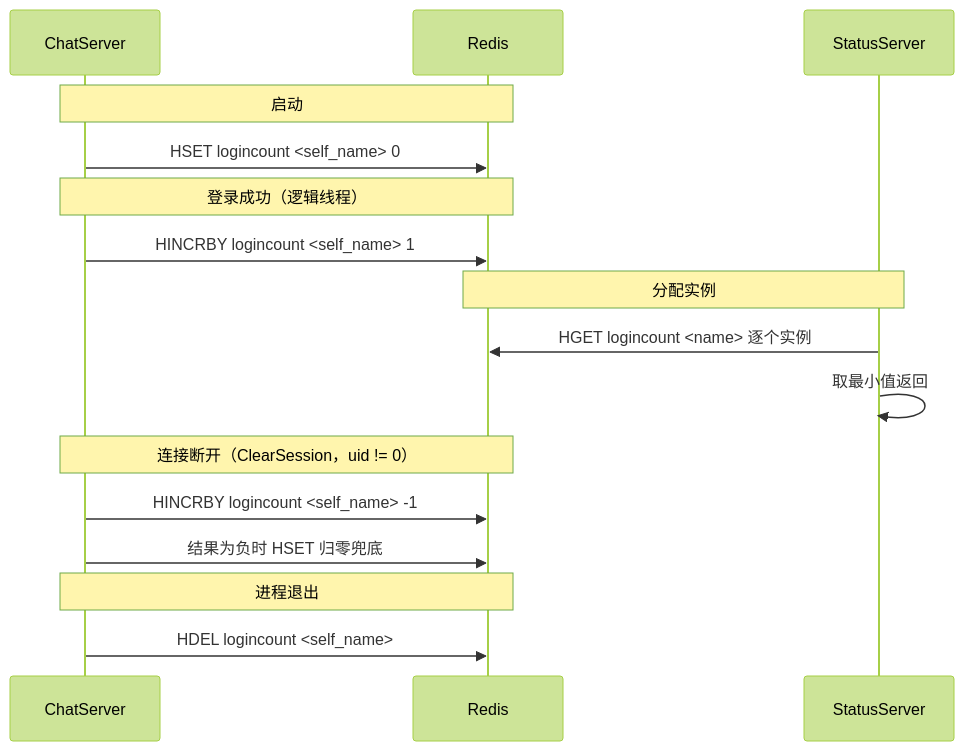
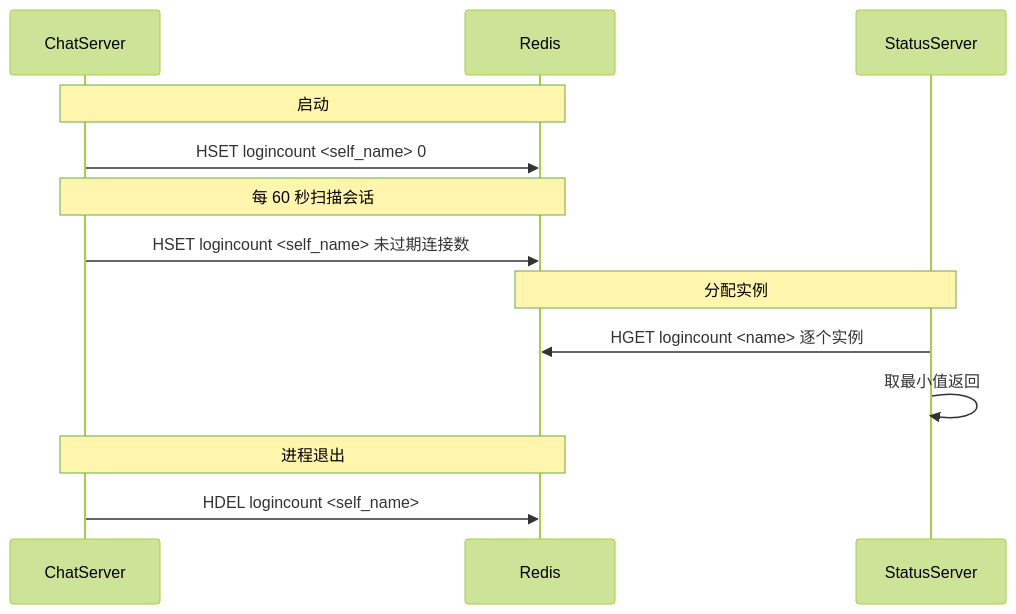
The first of 2 diagrams in docs/04-data-model.md (yrc920/xiguchat), drawn with Mermaid (forest theme) before and after one commit. The commit also changed other lines of this file and 65 other files, not shown here.

````diff
--- a/docs/04-data-model.md
+++ b/docs/04-data-model.md
@@ -98,23 +98,19 @@
 ```mermaid
 sequenceDiagram
     participant CS as ChatServer
     participant R as Redis
     participant S as StatusServer
 
     Note over CS,R: 启动
     CS->>R: HSET logincount #lt;self_name#gt; 0
 
-    Note over CS,R: 登录成功（逻辑线程）
-    CS->>R: HINCRBY logincount #lt;self_name#gt; 1
+    Note over CS,R: 每 60 秒扫描会话
+    CS->>R: HSET logincount #lt;self_name#gt; 未过期连接数
 
     Note over S,R: 分配实例
     S->>R: HGET logincount #lt;name#gt; 逐个实例
     S->>S: 取最小值返回
 
-    Note over CS,R: 连接断开（ClearSession，uid != 0）
-    CS->>R: HINCRBY logincount #lt;self_name#gt; -1
-    CS->>R: 结果为负时 HSET 归零兜底
-
     Note over CS,R: 进程退出
     CS->>R: HDEL logincount #lt;self_name#gt;
 ```
````
